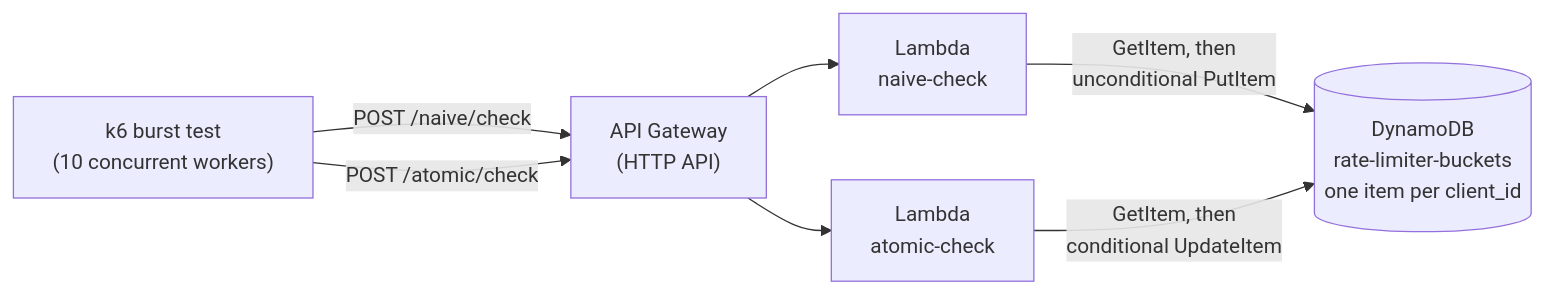
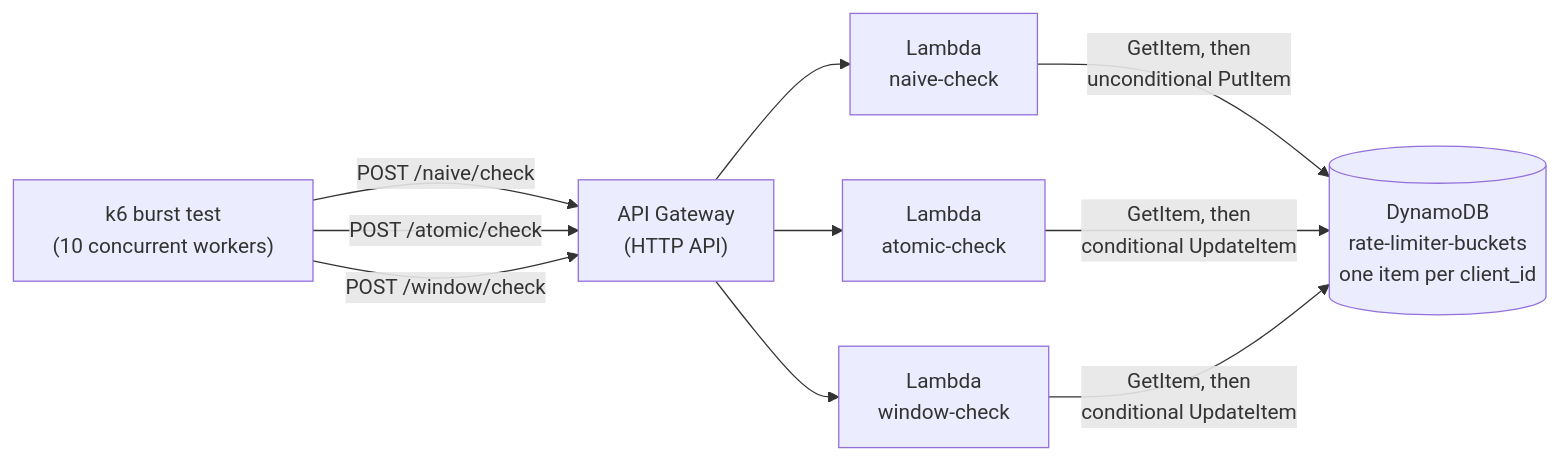
Before and after one commit to NicholasHat/rate-limiter: the diagram in README.md, drawn with Mermaid. The commit also changed other lines of this file and 6 other files, not shown here.

````diff
--- a/README.md
+++ b/README.md
@@ -7,10 +7,13 @@
 ```mermaid
 flowchart LR
     k6["k6 burst test<br/>(10 concurrent workers)"]
     k6 -->|"POST /naive/check"| gw["API Gateway<br/>(HTTP API)"]
     k6 -->|"POST /atomic/check"| gw
+    k6 -->|"POST /window/check"| gw
     gw --> naive["Lambda<br/>naive-check"]
     gw --> atomic["Lambda<br/>atomic-check"]
+    gw --> window["Lambda<br/>window-check"]
     naive -->|"GetItem, then<br/>unconditional PutItem"| ddb[("DynamoDB<br/>rate-limiter-buckets<br/>one item per client_id")]
     atomic -->|"GetItem, then<br/>conditional UpdateItem"| ddb
+    window -->|"GetItem, then<br/>conditional UpdateItem"| ddb
 ```
````
